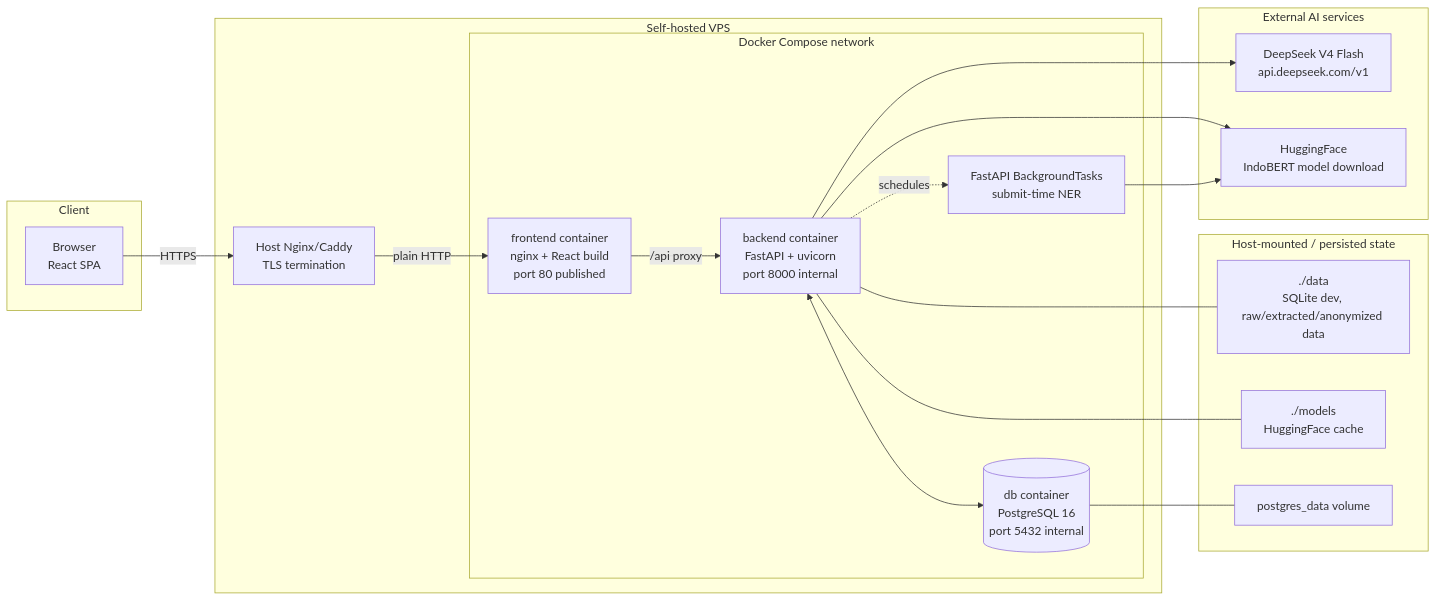
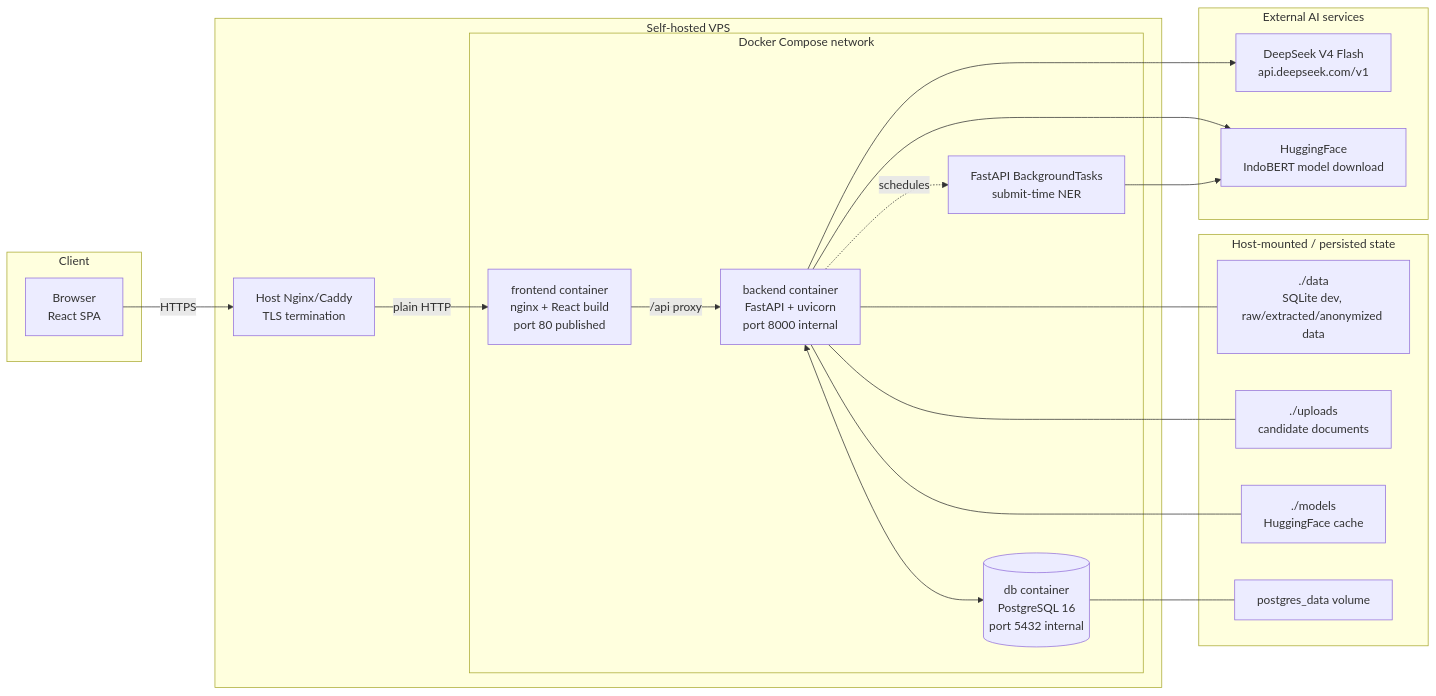
The diagram in docs/ARCHITECTURE.md (istgrudd/screenai-lab), drawn with Mermaid before and after one commit. The commit also changed other lines of this file, not shown here.

````diff
--- a/docs/ARCHITECTURE.md
+++ b/docs/ARCHITECTURE.md
@@ -34,42 +34,44 @@
 ```mermaid
 graph LR
     subgraph Client
         BR[Browser<br/>React SPA]
     end
 
     subgraph VPS[Self-hosted VPS]
         RP[Host Nginx/Caddy<br/>TLS termination]
 
         subgraph Docker[Docker Compose network]
             FE[frontend container<br/>nginx + React build<br/>port 80 published]
             API[backend container<br/>FastAPI + uvicorn<br/>port 8000 internal]
             DB[(db container<br/>PostgreSQL 16<br/>port 5432 internal)]
             BG[FastAPI BackgroundTasks<br/>submit-time NER]
 
             FE -- /api proxy --> API
             API <--> DB
             API -. schedules .-> BG
         end
 
         RP -- plain HTTP --> FE
     end
 
     subgraph HostStorage[Host-mounted / persisted state]
         DATA[./data<br/>SQLite dev, raw/extracted/anonymized data]
+        UPLOADS[./uploads<br/>candidate documents]
         MODELS[./models<br/>HuggingFace cache]
         PGVOL[postgres_data volume]
     end
 
     subgraph ExternalAI[External AI services]
         DS[DeepSeek V4 Flash<br/>api.deepseek.com/v1]
         HF[HuggingFace<br/>IndoBERT model download]
     end
 
     BR -- HTTPS --> RP
     API --> DS
     API --> HF
     BG --> HF
     API --- DATA
+    API --- UPLOADS
     API --- MODELS
     DB --- PGVOL
 ```
````
